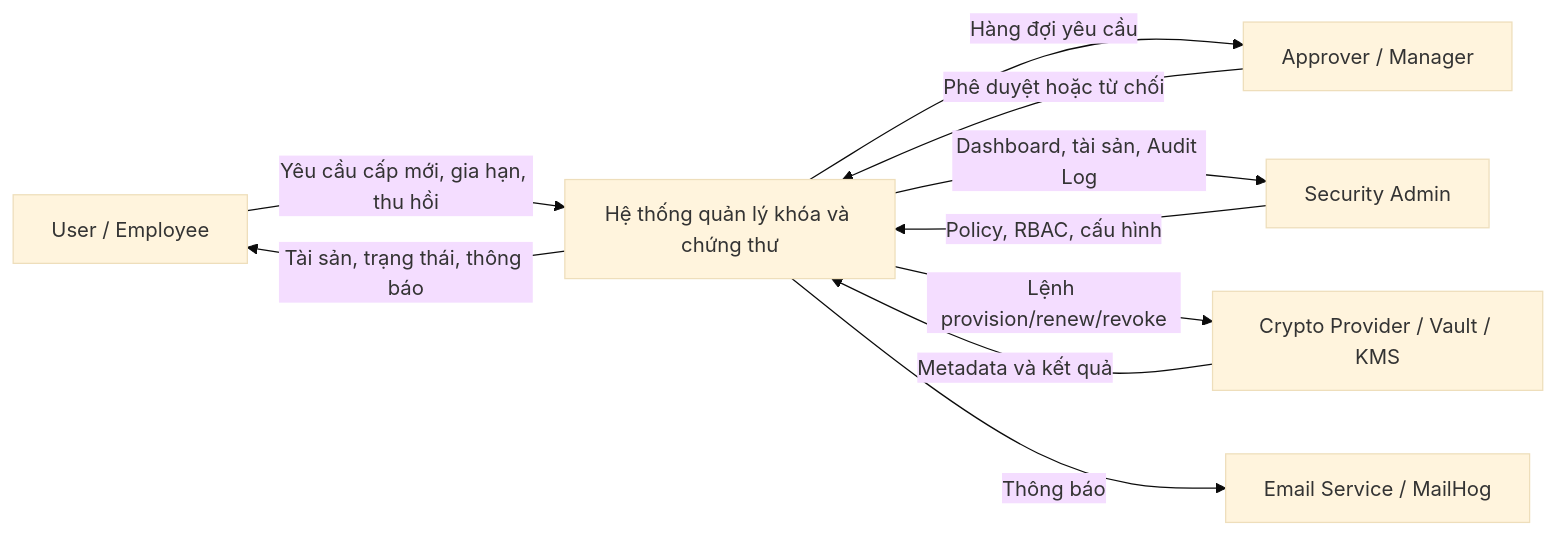
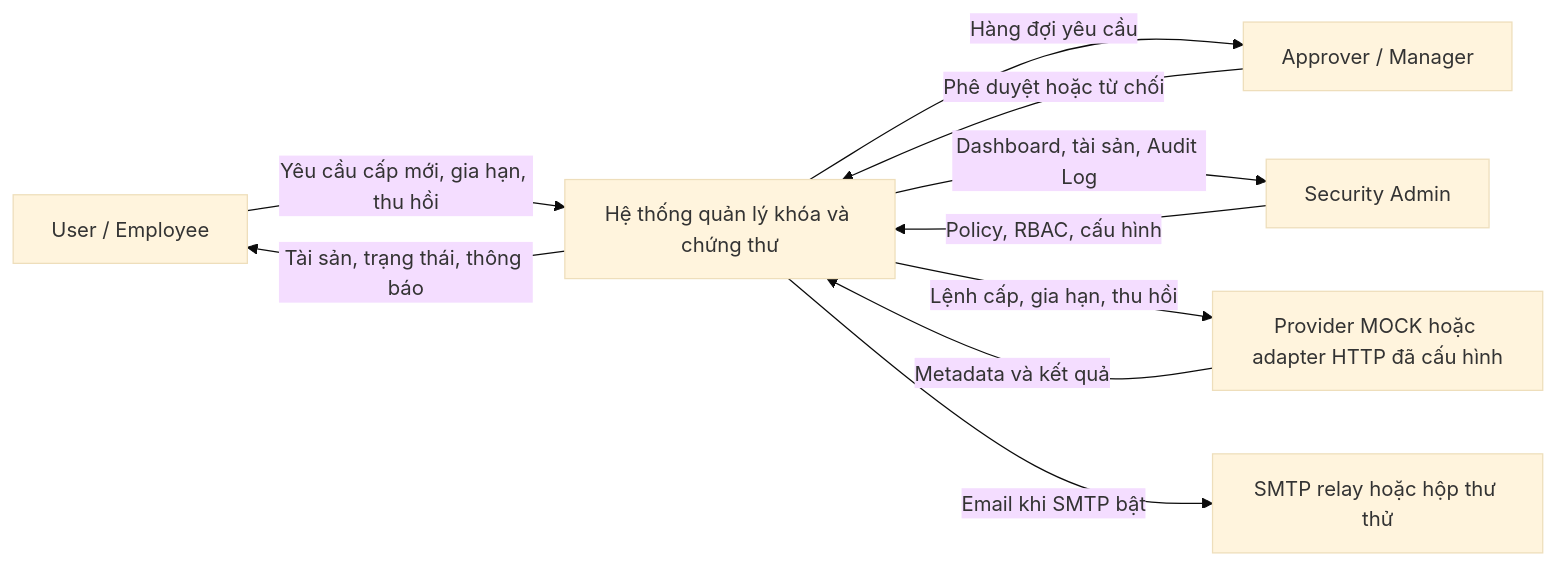
One commit to Eyblcat12/Cryta changed the first of 7 diagrams in 02_so_do_he_thong_tong_quat.md. Above: the diagram before and after it, drawn with Mermaid (base theme). The commit also changed other lines of this file and 356 other files, not shown here.

````diff
--- a/02_so_do_he_thong_tong_quat.md
+++ b/02_so_do_he_thong_tong_quat.md
@@ -15,16 +17,16 @@
 ```mermaid
 flowchart LR
     U["User / Employee"] -->|"Yêu cầu cấp mới, gia hạn, thu hồi"| S["Hệ thống quản lý khóa và chứng thư"]
     S -->|"Tài sản, trạng thái, thông báo"| U
 
     A["Approver / Manager"] -->|"Phê duyệt hoặc từ chối"| S
     S -->|"Hàng đợi yêu cầu"| A
 
     AD["Security Admin"] -->|"Policy, RBAC, cấu hình"| S
     S -->|"Dashboard, tài sản, Audit Log"| AD
 
-    S -->|"Lệnh provision/renew/revoke"| CP["Crypto Provider / Vault / KMS"]
+    S -->|"Lệnh cấp, gia hạn, thu hồi"| CP["Provider MOCK hoặc adapter HTTP đã cấu hình"]
     CP -->|"Metadata và kết quả"| S
 
-    S -->|"Thông báo"| ES["Email Service / MailHog"]
+    S -->|"Email khi SMTP bật"| ES["SMTP relay hoặc hộp thư thử"]
 ```
````
